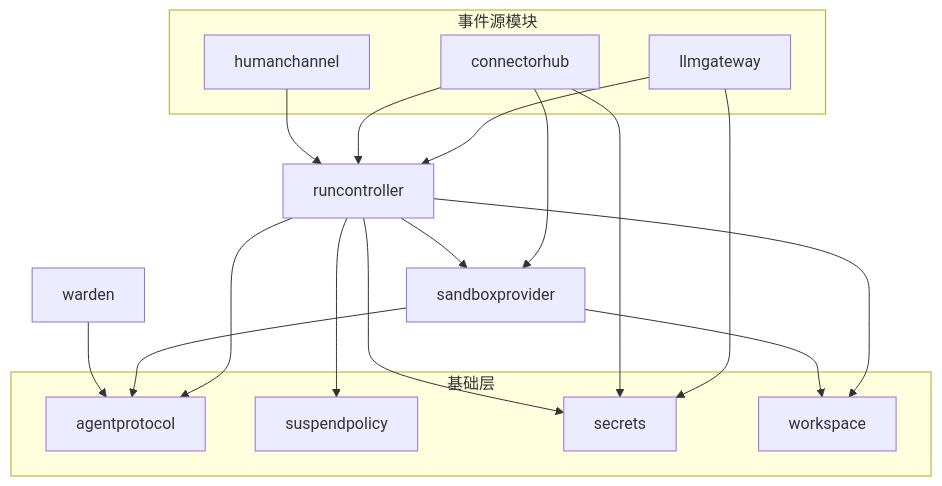
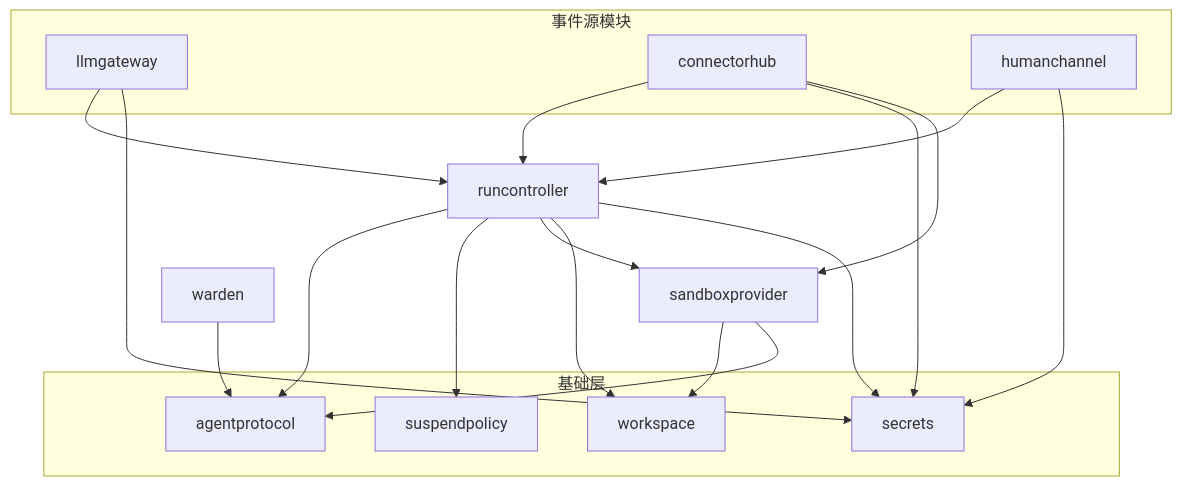
Before and after one commit to wangzw/castworks: the first of 7 diagrams in docs/design/architecture.md, drawn with Mermaid. The commit also changed other lines of this file and 6 other files, not shown here.

````diff
--- a/docs/design/architecture.md
+++ b/docs/design/architecture.md
@@ -46,31 +46,32 @@
 ```mermaid
 graph TD
     subgraph sources["事件源模块"]
         llmgateway
         connectorhub
         humanchannel
     end
     runcontroller
     sandboxprovider
     warden
     subgraph base["基础层"]
         agentprotocol
         suspendpolicy
         secrets
         workspace
     end
     llmgateway --> runcontroller
     llmgateway --> secrets
     connectorhub --> runcontroller
     connectorhub --> secrets
     connectorhub --> sandboxprovider
     humanchannel --> runcontroller
+    humanchannel --> secrets
     runcontroller --> agentprotocol
     runcontroller --> suspendpolicy
     runcontroller --> sandboxprovider
     runcontroller --> workspace
     runcontroller --> secrets
     sandboxprovider --> workspace
     sandboxprovider --> agentprotocol
     warden --> agentprotocol
 ```
````
